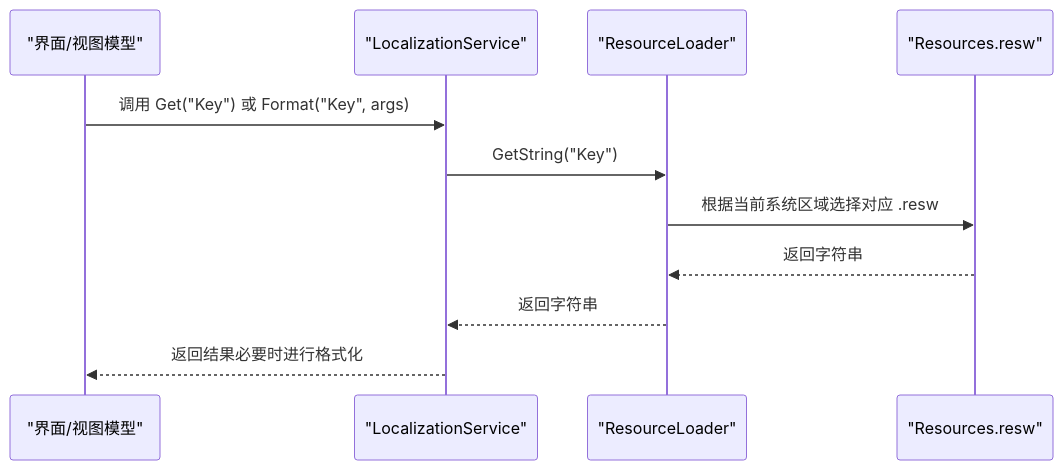
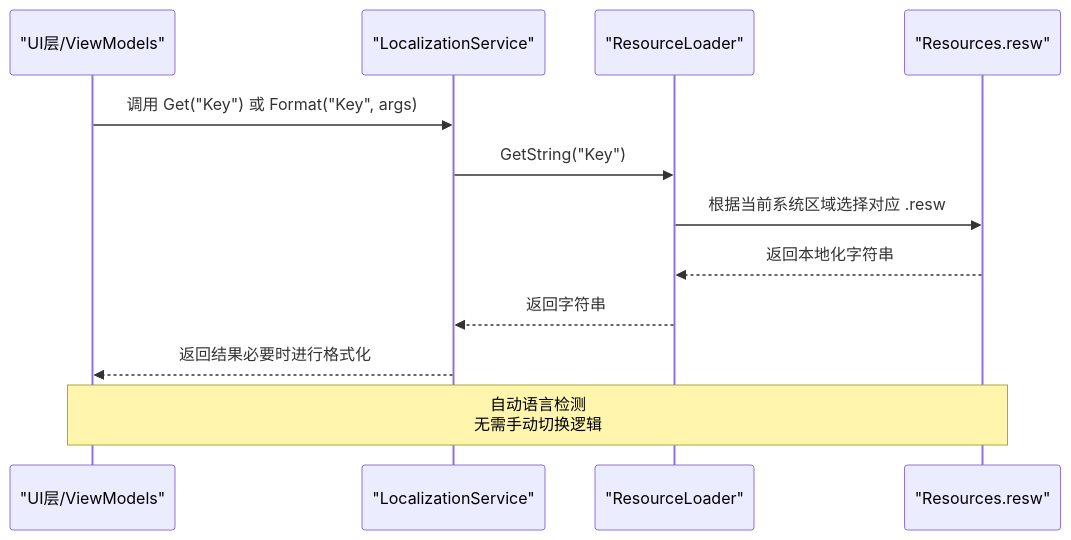
Before and after one commit to AgenticDesktop/App: the second of 4 diagrams in .qoder/repowiki/zh/content/国际化支持.md, drawn with Mermaid. The commit also changed other lines of this file and 108 other files, not shown here.

````diff
--- a/.qoder/repowiki/zh/content/国际化支持.md
+++ b/.qoder/repowiki/zh/content/国际化支持.md
@@ -115,13 +143,14 @@
 ```mermaid
 sequenceDiagram
-participant UI as "界面/视图模型"
+participant UI as "UI层/ViewModels"
 participant LS as "LocalizationService"
 participant RL as "ResourceLoader"
 participant RES as "Resources.resw"
 UI->>LS : 调用 Get("Key") 或 Format("Key", args)
 LS->>RL : GetString("Key")
 RL->>RES : 根据当前系统区域选择对应 .resw
-RES-->>RL : 返回字符串
+RES-->>RL : 返回本地化字符串
 RL-->>LS : 返回字符串
 LS-->>UI : 返回结果必要时进行格式化
+Note over UI,RES : 自动语言检测<br/>无需手动切换逻辑
 ```
````
